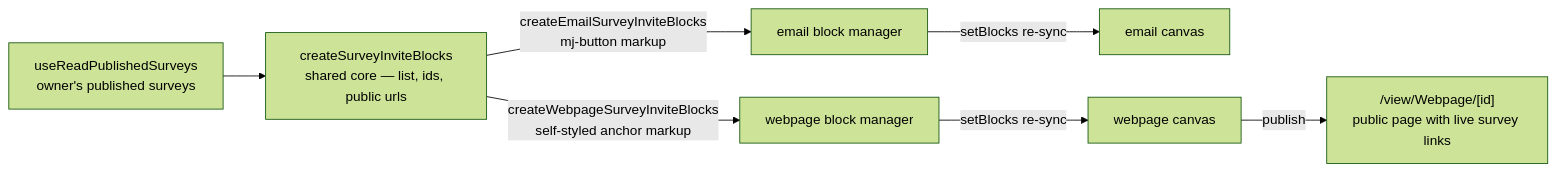
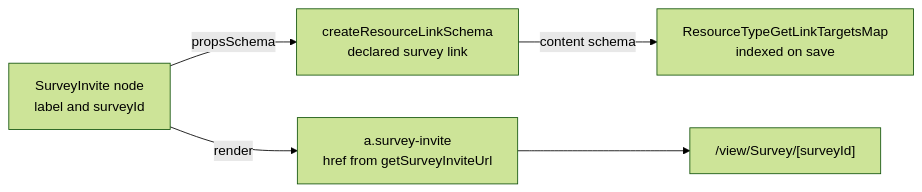
One commit to Esposter/Esposter changed the diagram in openspec/specs/resource/webpage-survey-invite-blocks/design.md. Above: the diagram before and after it, drawn with Mermaid (forest theme). The commit also changed other lines of this file and 18 other files, not shown here.

First line of the commit message:
docs: delete the absorbed webpage plugin pages and rewrite the survey invite as built

````diff
--- a/openspec/specs/resource/webpage-survey-invite-blocks/design.md
+++ b/openspec/specs/resource/webpage-survey-invite-blocks/design.md
@@ -9,9 +9,7 @@
 ```mermaid
 flowchart LR
-  SURVEYS["useReadPublishedSurveys<br/>owner's published surveys"] --> CORE["createSurveyInviteBlocks<br/>shared core — list, ids, public urls"]
-  CORE -->|"createEmailSurveyInviteBlocks<br/>mj-button markup"| EMAILBM["email block manager"]
-  CORE -->|"createWebpageSurveyInviteBlocks<br/>self-styled anchor markup"| WEBBM["webpage block manager"]
-  EMAILBM -->|setBlocks re-sync| EMAILCANVAS["email canvas"]
-  WEBBM -->|setBlocks re-sync| CANVAS["webpage canvas"]
-  CANVAS -->|publish| VIEW["/view/Webpage/[id]<br/>public page with live survey links"]
+  NODE["SurveyInvite node<br/>label and surveyId"] -->|"propsSchema"| LINK["createResourceLinkSchema<br/>declared survey link"]
+  LINK -->|"content schema"| INDEX["ResourceTypeGetLinkTargetsMap<br/>indexed on save"]
+  NODE -->|"render"| ANCHOR["a.survey-invite<br/>href from getSurveyInviteUrl"]
+  ANCHOR --> SURVEY["/view/Survey/[surveyId]"]
 ```
````
